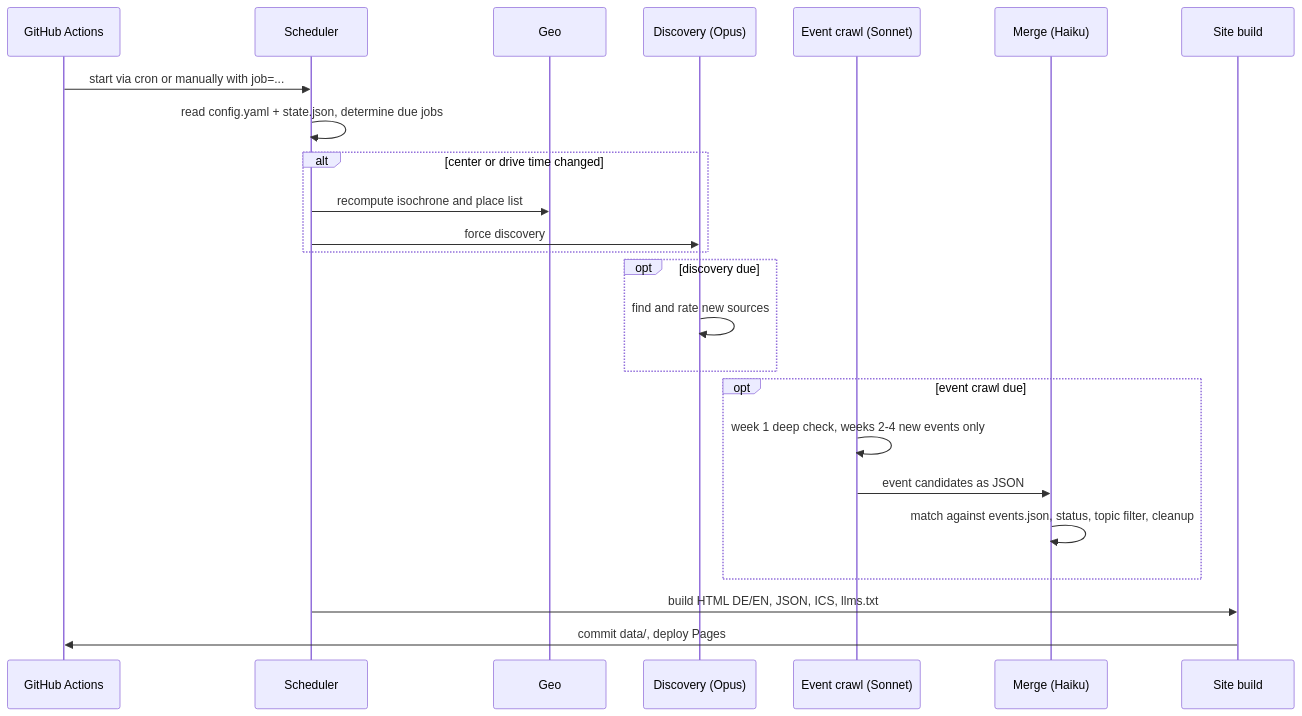
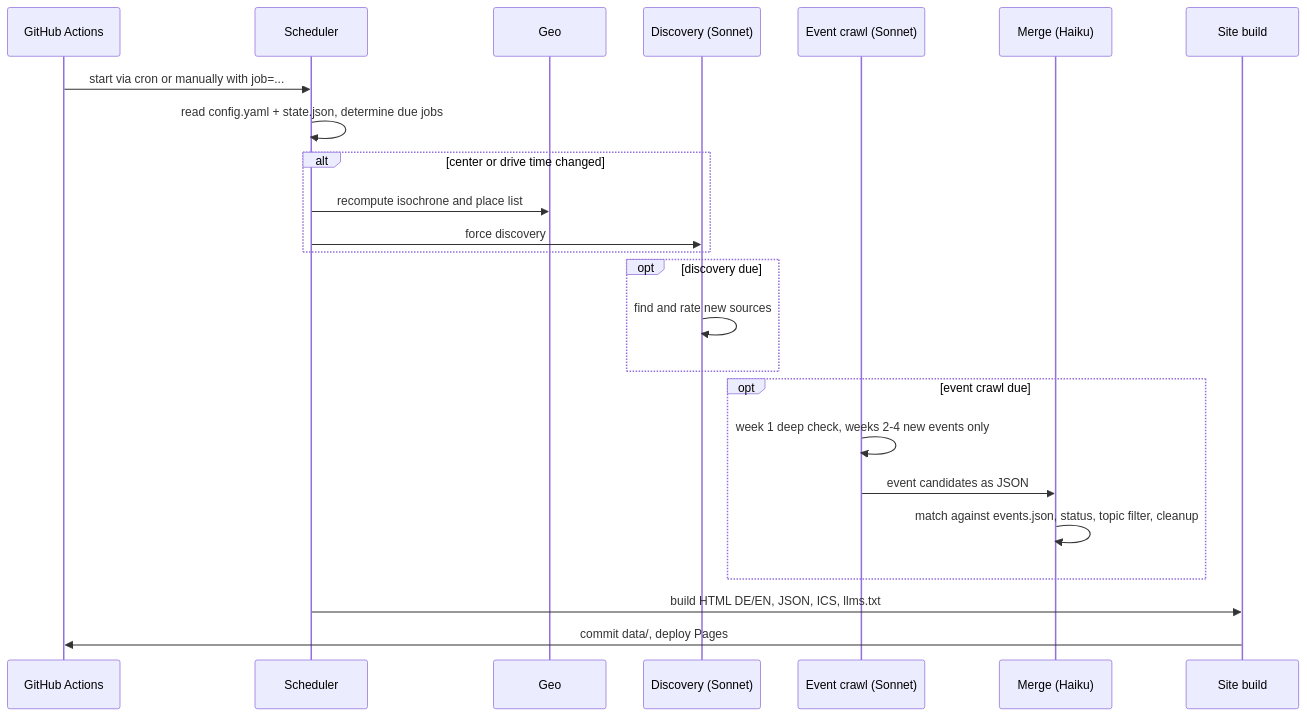
Before and after one commit to mat-los/letsgau: the second of 3 diagrams in docs/CONCEPT.md, drawn with Mermaid. The commit also changed other lines of this file and 2 other files, not shown here.

First line of the commit message:
docs(concept): discovery runs on Sonnet, not Opus

````diff
--- a/docs/CONCEPT.md
+++ b/docs/CONCEPT.md
@@ -65,26 +65,26 @@
 ```mermaid
 sequenceDiagram
   participant A as GitHub Actions
   participant S as Scheduler
   participant G as Geo
-  participant D as Discovery (Opus)
+  participant D as Discovery (Sonnet)
   participant E as Event crawl (Sonnet)
   participant M as Merge (Haiku)
   participant B as Site build
   A->>S: start via cron or manually with job=...
   S->>S: read config.yaml + state.json, determine due jobs
   alt center or drive time changed
     S->>G: recompute isochrone and place list
     S->>D: force discovery
   end
   opt discovery due
     D->>D: find and rate new sources
   end
   opt event crawl due
     E->>E: week 1 deep check, weeks 2-4 new events only
     E->>M: event candidates as JSON
     M->>M: match against events.json, status, topic filter, cleanup
   end
   S->>B: build HTML DE/EN, JSON, ICS, llms.txt
   B->>A: commit data/, deploy Pages
 ```
````
